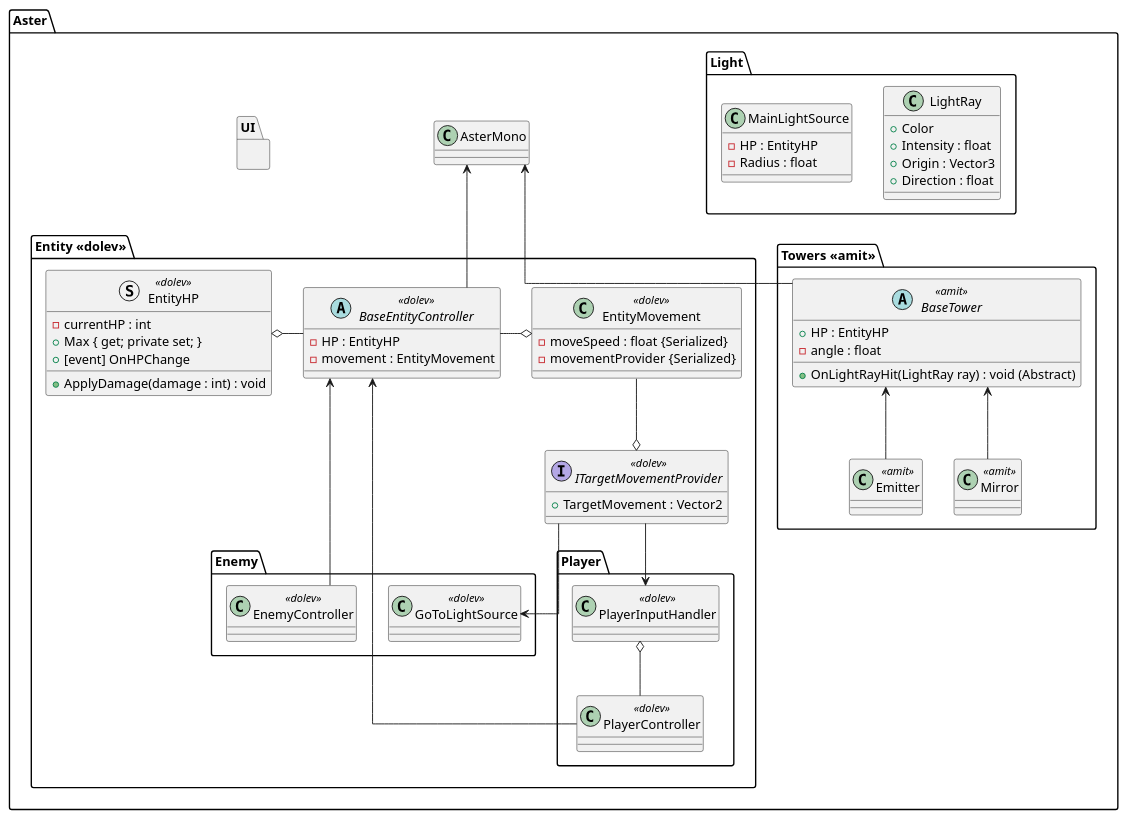
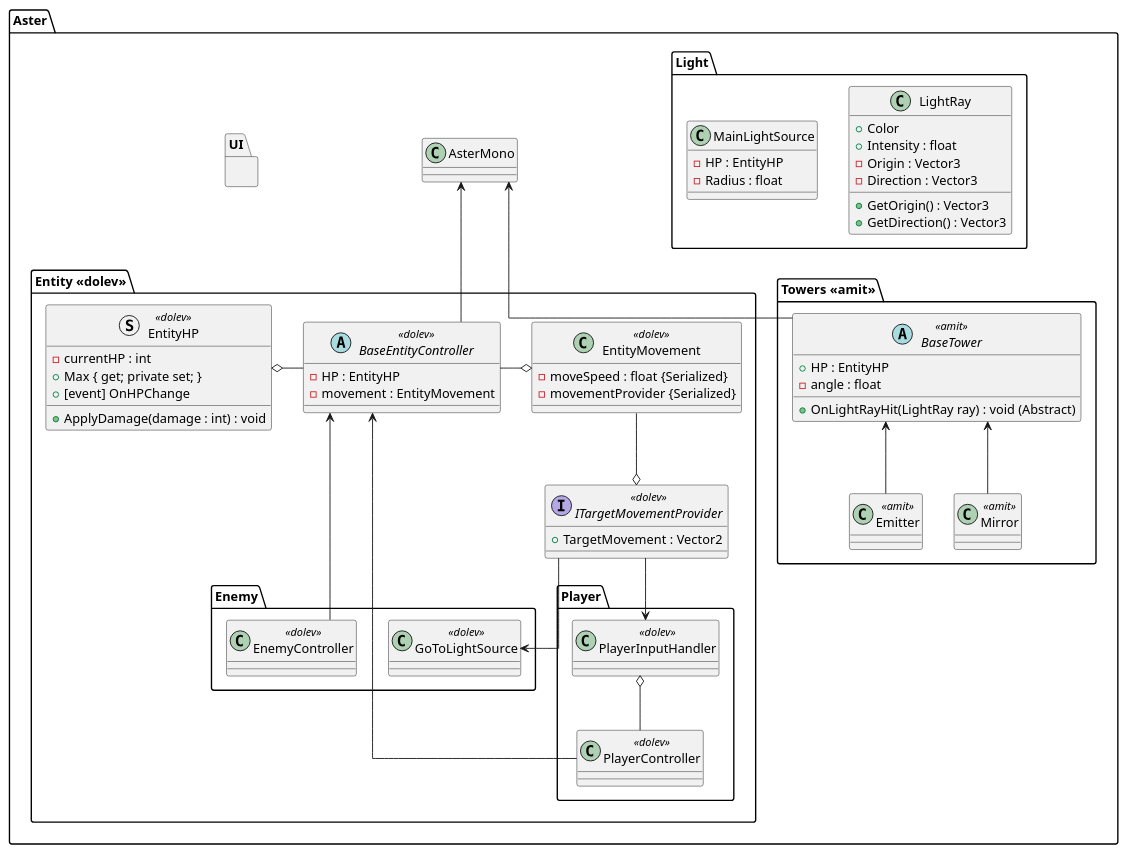
One commit to ouroboros-98/aster changed the first of 3 diagrams in Misc/Diagrams/Architecteure.puml. Above: the diagram before and after it, drawn with PlantUML. The commit also changed 3 other files, not shown here.

Commit message:
updated UML and created BaseTower and Mirror class

```diff
--- a/Misc/Diagrams/Architecteure.puml
+++ b/Misc/Diagrams/Architecteure.puml
@@ -1,94 +1,97 @@
 @startuml
 skinparam linetype ortho
 
 package Aster {
     class AsterMono
     package Light {
         class LightRay {
             + Color
             + Intensity : float
-            + Origin : Vector3
-            + Direction : float
+            - Origin : Vector3
+            - Direction : Vector3
+            + GetOrigin() : Vector3
+            + GetDirection() : Vector3
+            
         }
         
         class MainLightSource {
             - HP : EntityHP
             - Radius : float
         }
         
     }
     package "Towers <<amit>>"{
         abstract class BaseTower <<amit>> {
             + HP : EntityHP
             - angle : float
             + OnLightRayHit(LightRay ray) : void (Abstract)
         }
         
         class Emitter <<amit>> {
         }
         class Mirror <<amit>> {
         }
         
         Emitter -up-> BaseTower
         Mirror -up-> BaseTower
     }
     
     BaseTower -up-> AsterMono
     
     package "Entity <<dolev>>" {
         abstract class BaseEntityController <<dolev>>
         {
             - HP : EntityHP
             - movement : EntityMovement
         }
         class EntityMovement <<dolev>>
         {
             - moveSpeed : float {Serialized}
             - movementProvider {Serialized}
         }
         struct EntityHP <<dolev>> {
             - currentHP : int
             + Max { get; private set; }
             + [event] OnHPChange
             + ApplyDamage(damage : int) : void
         }
         
         package Player {
             class PlayerController <<dolev>> 
             {
             }
             class PlayerInputHandler <<dolev>>
             {
             }
             PlayerInputHandler o-- PlayerController
         }
         
         package Enemy {
             class EnemyController <<dolev>>
             class "GoToLightSource" as GTLS <<dolev>>
         }
         
         interface ITargetMovementProvider <<dolev>>
         {
             + TargetMovement : Vector2
         }
         
         
         
         BaseEntityController -right-o EntityMovement
         BaseEntityController -left-o EntityHP
         GTLS <-up- ITargetMovementProvider
         PlayerInputHandler <-up- ITargetMovementProvider
         
         EntityMovement --o ITargetMovementProvider
     }
     
     package UI {
     }
     
     AsterMono <-- BaseEntityController
     
     BaseEntityController <-down- PlayerController
     BaseEntityController <-down- EnemyController
 }
 @enduml
```
